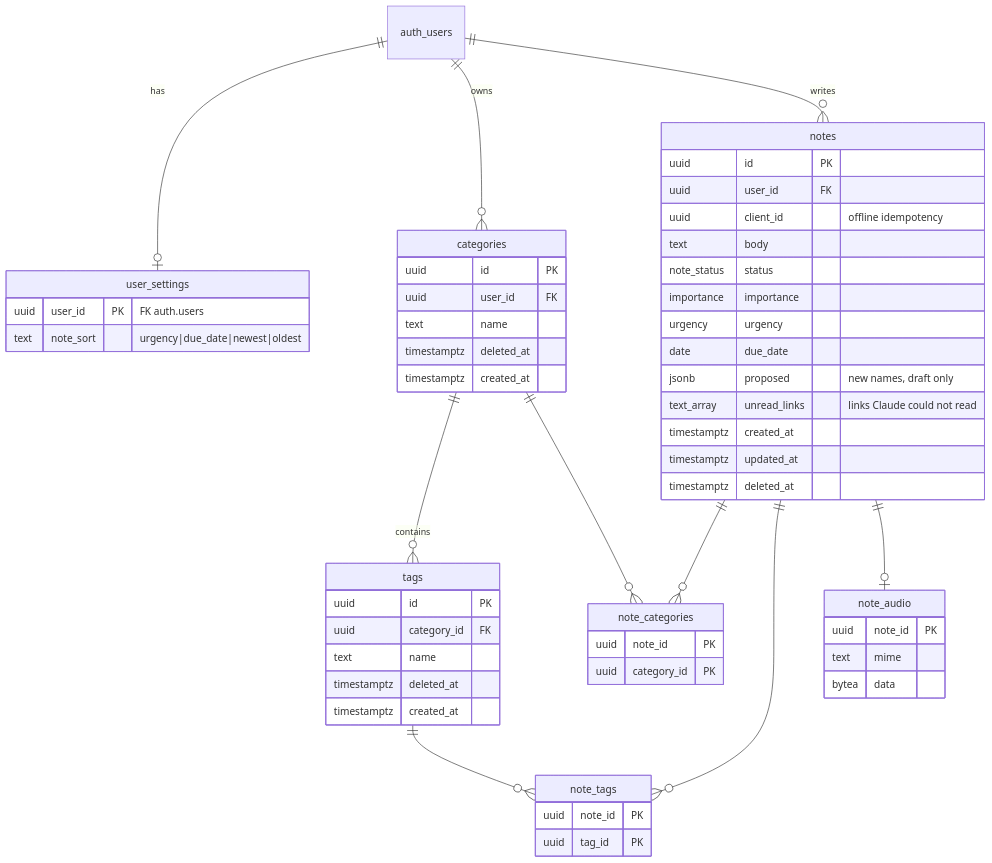
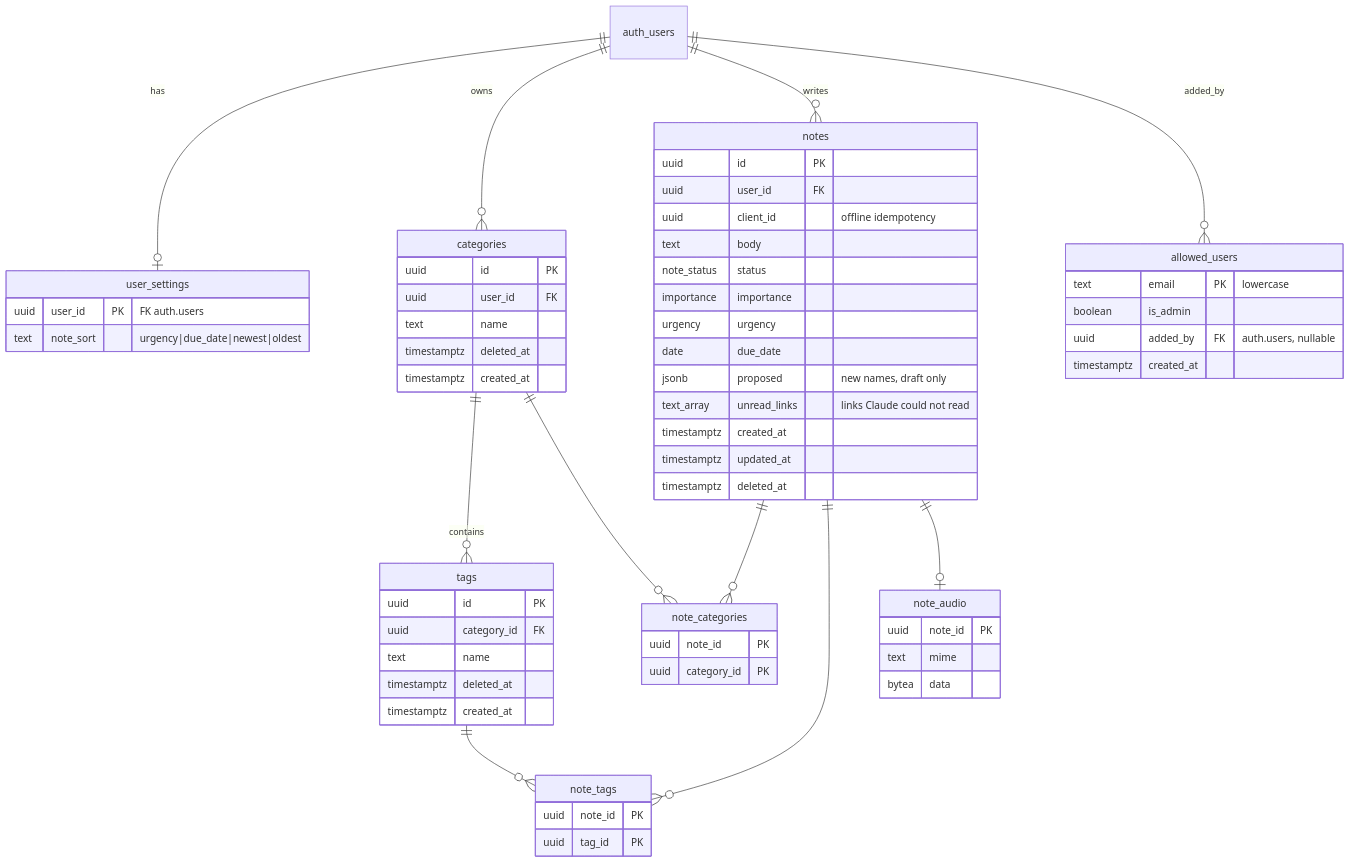
One commit to droruri/notes-organizer changed the diagram in docs/plan.md. Above: the diagram before and after it, drawn with Mermaid. The commit also changed other lines of this file and 27 other files, not shown here.

Commit message:
Manage allowed users in the app (allowed_users table, /users routes, Users screen, guide)

````diff
--- a/docs/plan.md
+++ b/docs/plan.md
@@ -129,19 +129,21 @@
 ```mermaid
 erDiagram
   auth_users ||--o| user_settings : has
   auth_users ||--o{ categories : owns
   categories ||--o{ tags : contains
   auth_users ||--o{ notes : writes
   notes ||--o{ note_categories : ""
   categories ||--o{ note_categories : ""
   notes ||--o{ note_tags : ""
   tags ||--o{ note_tags : ""
   notes ||--o| note_audio : ""
+  auth_users ||--o{ allowed_users : "added_by"
   user_settings { uuid user_id PK "FK auth.users" text note_sort "urgency|due_date|newest|oldest" }
   categories { uuid id PK uuid user_id FK text name timestamptz deleted_at timestamptz created_at }
   tags { uuid id PK uuid category_id FK text name timestamptz deleted_at timestamptz created_at }
   notes { uuid id PK uuid user_id FK uuid client_id "offline idempotency" text body note_status status importance importance urgency urgency date due_date jsonb proposed "new names, draft only" text_array unread_links "links Claude could not read" timestamptz created_at timestamptz updated_at timestamptz deleted_at }
   note_categories { uuid note_id PK uuid category_id PK }
   note_tags { uuid note_id PK uuid tag_id PK }
   note_audio { uuid note_id PK text mime bytea data }
+  allowed_users { text email PK "lowercase" boolean is_admin uuid added_by FK "auth.users, nullable" timestamptz created_at }
 ```
````
